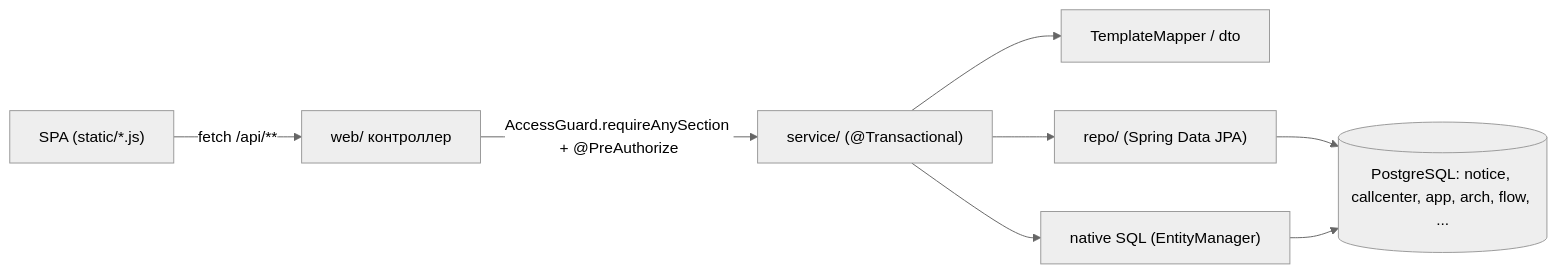
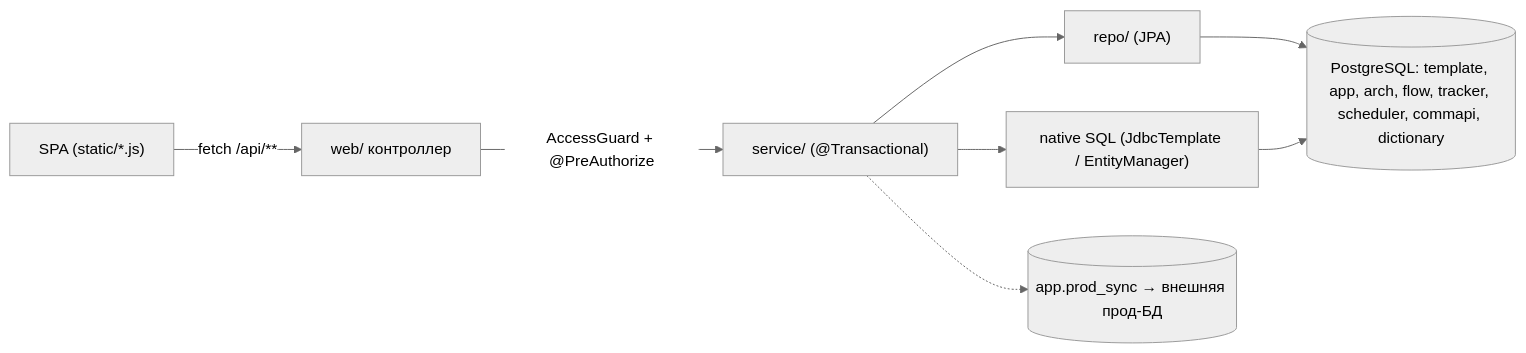
The diagram in crm-admin/docs/Backend/Обзор бэкенда.md (AlexRaisky/crm.banki.ru), drawn with Mermaid (neutral theme) before and after one commit. The commit also changed other lines of this file and 27 other files, not shown here.

````diff
--- a/crm-admin/docs/Backend/Обзор бэкенда.md
+++ b/crm-admin/docs/Backend/Обзор бэкенда.md
@@ -80,10 +95,10 @@
 ```mermaid
 flowchart LR
     SPA["SPA (static/*.js)"] -->|"fetch /api/**"| C["web/ контроллер"]
-    C -->|"AccessGuard.requireAnySection + @PreAuthorize"| S["service/ (@Transactional)"]
-    S --> M["TemplateMapper / dto"]
-    S --> R["repo/ (Spring Data JPA)"]
-    S --> N["native SQL (EntityManager)"]
-    R --> DB[(PostgreSQL: notice, callcenter, app, arch, flow, ...)]
+    C -->|"AccessGuard + @PreAuthorize"| S["service/ (@Transactional)"]
+    S --> R["repo/ (JPA)"]
+    S --> N["native SQL (JdbcTemplate / EntityManager)"]
+    R --> DB[(PostgreSQL: template, app, arch, flow, tracker, scheduler, commapi, dictionary)]
     N --> DB
+    S -.-> Q[("app.prod_sync → внешняя прод-БД")]
 ```
````
